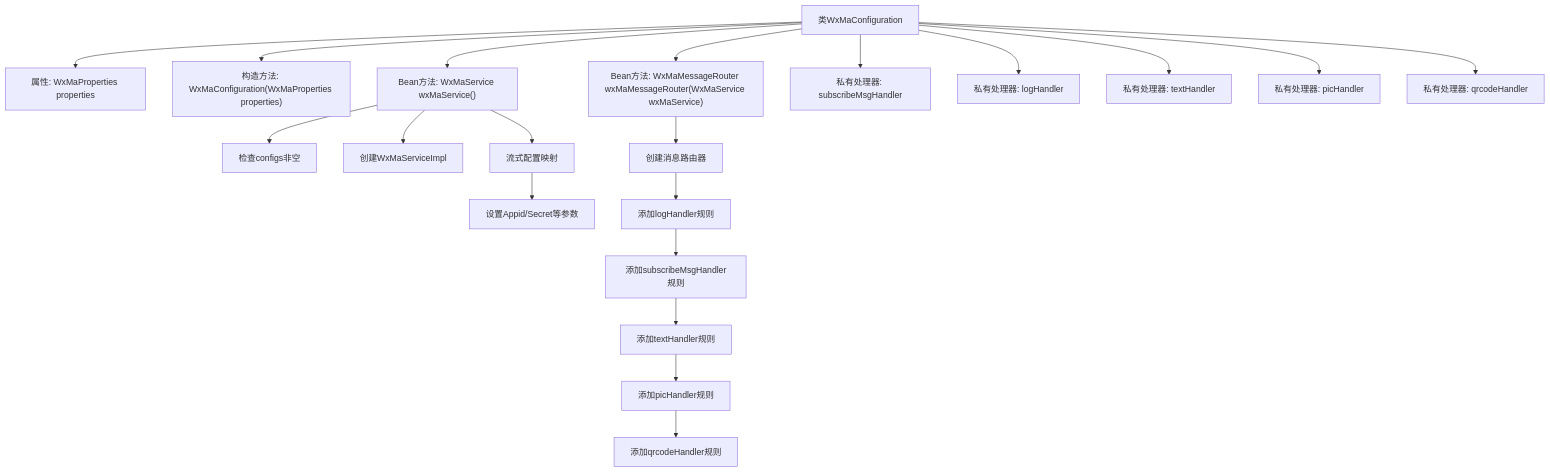
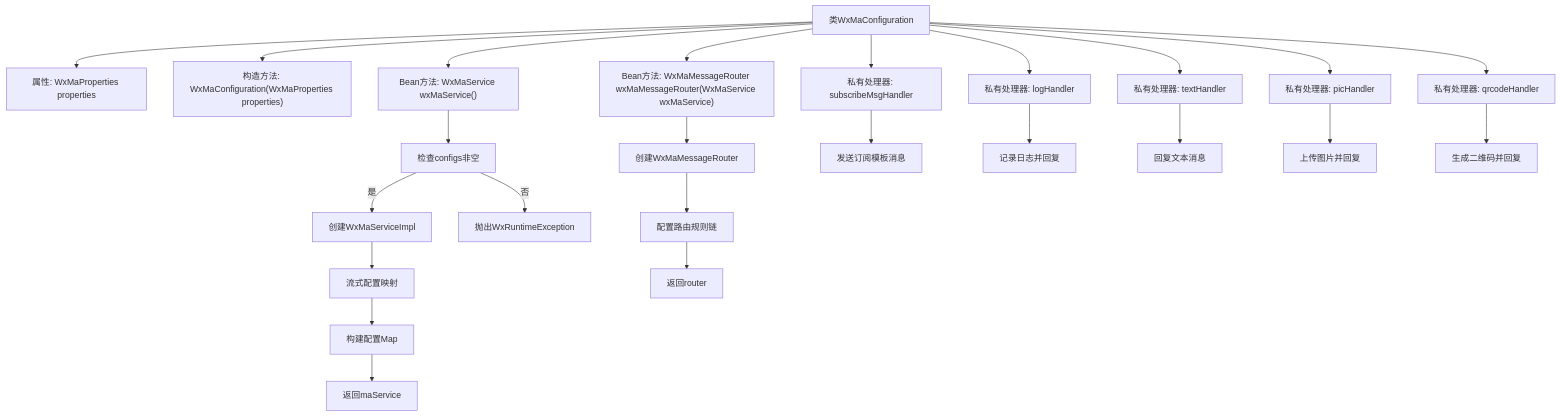
Before and after one commit to v-wjrong/rongwj666_weixin-java-miniapp-demo: the second of 3 diagrams in docs/zh/docs/src/main/java/com/github/binarywang/demo/wx/miniapp/config/WxMaConfiguration.md, drawn with Mermaid. The commit also changed other lines of this file and 47 other files, not shown here.

````diff
--- a/docs/zh/docs/src/main/java/com/github/binarywang/demo/wx/miniapp/config/WxMaConfiguration.md
+++ b/docs/zh/docs/src/main/java/com/github/binarywang/demo/wx/miniapp/config/WxMaConfiguration.md
@@ -112,35 +112,40 @@
 ```mermaid
 graph TD
     A["类WxMaConfiguration"]
     B["属性: WxMaProperties properties"]
     C["构造方法: WxMaConfiguration(WxMaProperties properties)"]
     D["Bean方法: WxMaService wxMaService()"]
     E["Bean方法: WxMaMessageRouter wxMaMessageRouter(WxMaService wxMaService)"]
     F["私有处理器: subscribeMsgHandler"]
     G["私有处理器: logHandler"]
     H["私有处理器: textHandler"]
     I["私有处理器: picHandler"]
     J["私有处理器: qrcodeHandler"]
 
     A --> B
     A --> C
     A --> D
     A --> E
     A --> F
     A --> G
     A --> H
     A --> I
     A --> J
 
     D --> D1["检查configs非空"]
-    D --> D2["创建WxMaServiceImpl"]
-    D --> D3["流式配置映射"]
-    D3 --> D3a["设置Appid/Secret等参数"]
+    D1 -->|是| D2["创建WxMaServiceImpl"]
+    D2 --> D3["流式配置映射"]
+    D3 --> D4["构建配置Map"]
+    D1 -->|否| D5["抛出WxRuntimeException"]
+    D4 --> D6["返回maService"]
 
-    E --> E1["创建消息路由器"]
-    E1 --> E1a["添加logHandler规则"]
-    E1a --> E1b["添加subscribeMsgHandler规则"]
-    E1b --> E1c["添加textHandler规则"]
-    E1c --> E1d["添加picHandler规则"]
-    E1d --> E1e["添加qrcodeHandler规则"]
+    E --> E1["创建WxMaMessageRouter"]
+    E1 --> E2["配置路由规则链"]
+    E2 --> E3["返回router"]
+
+    F --> F1["发送订阅模板消息"]
+    G --> G1["记录日志并回复"]
+    H --> H1["回复文本消息"]
+    I --> I1["上传图片并回复"]
+    J --> J1["生成二维码并回复"]
 ```
````
